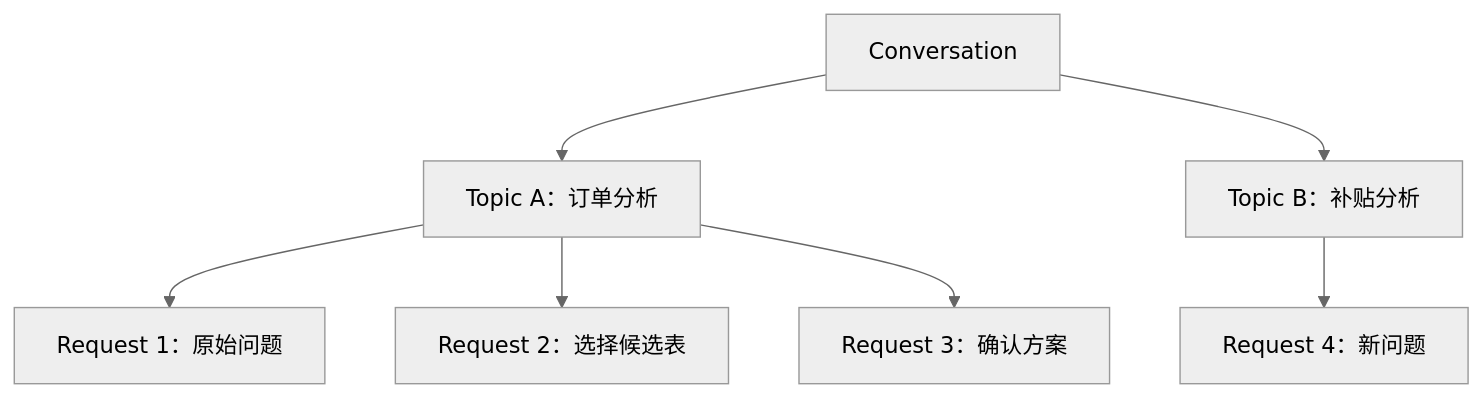
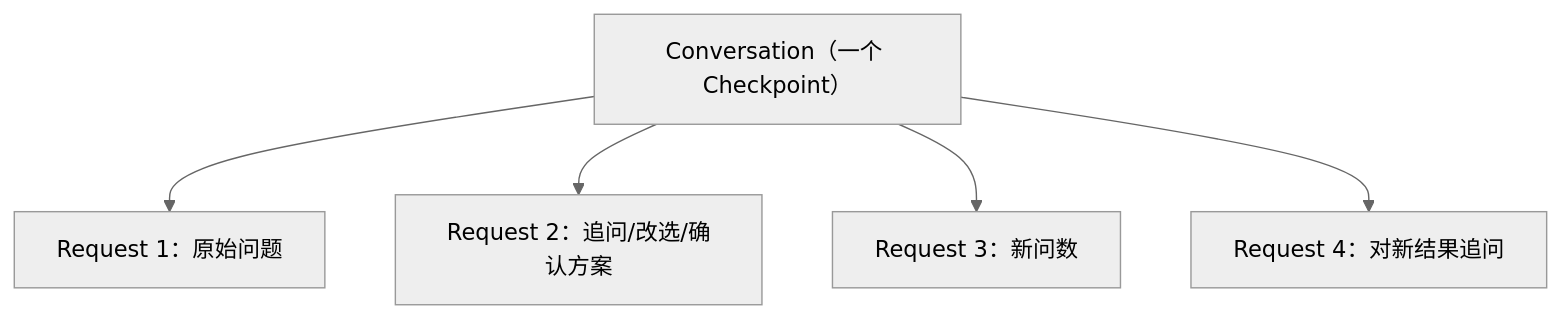
Before and after one commit to 18336621007/warehouseAgent: the first of 5 diagrams in docs/架构/State与记忆系统架构.md, drawn with Mermaid (neutral theme). The commit also changed other lines of this file and 26 other files, not shown here.

````diff
--- a/docs/架构/State与记忆系统架构.md
+++ b/docs/架构/State与记忆系统架构.md
@@ -37,9 +37,7 @@
 ```mermaid
 flowchart TD
-    C["Conversation"] --> T1["Topic A：订单分析"]
-    C --> T2["Topic B：补贴分析"]
-    T1 --> R1["Request 1：原始问题"]
-    T1 --> R2["Request 2：选择候选表"]
-    T1 --> R3["Request 3：确认方案"]
-    T2 --> R4["Request 4：新问题"]
+    C["Conversation（一个 Checkpoint）"] --> R1["Request 1：原始问题"]
+    C --> R2["Request 2：追问/改选/确认方案"]
+    C --> R3["Request 3：新问数"]
+    C --> R4["Request 4：对新结果追问"]
 ```
````
